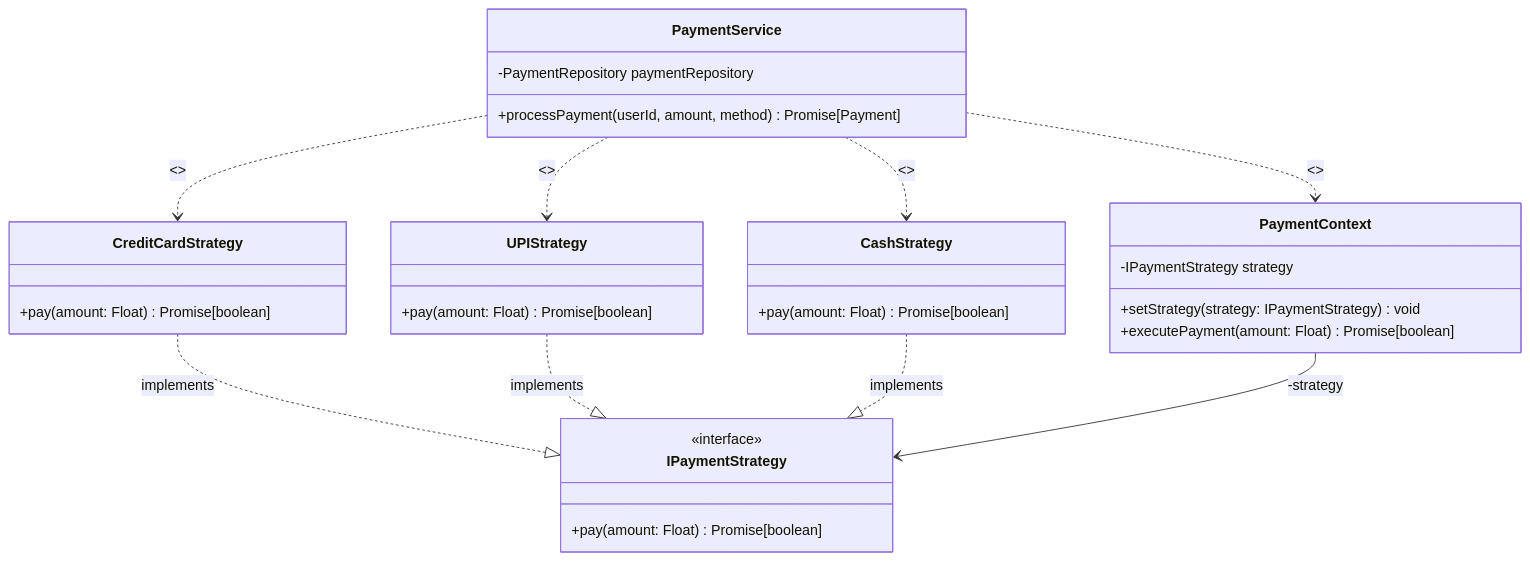
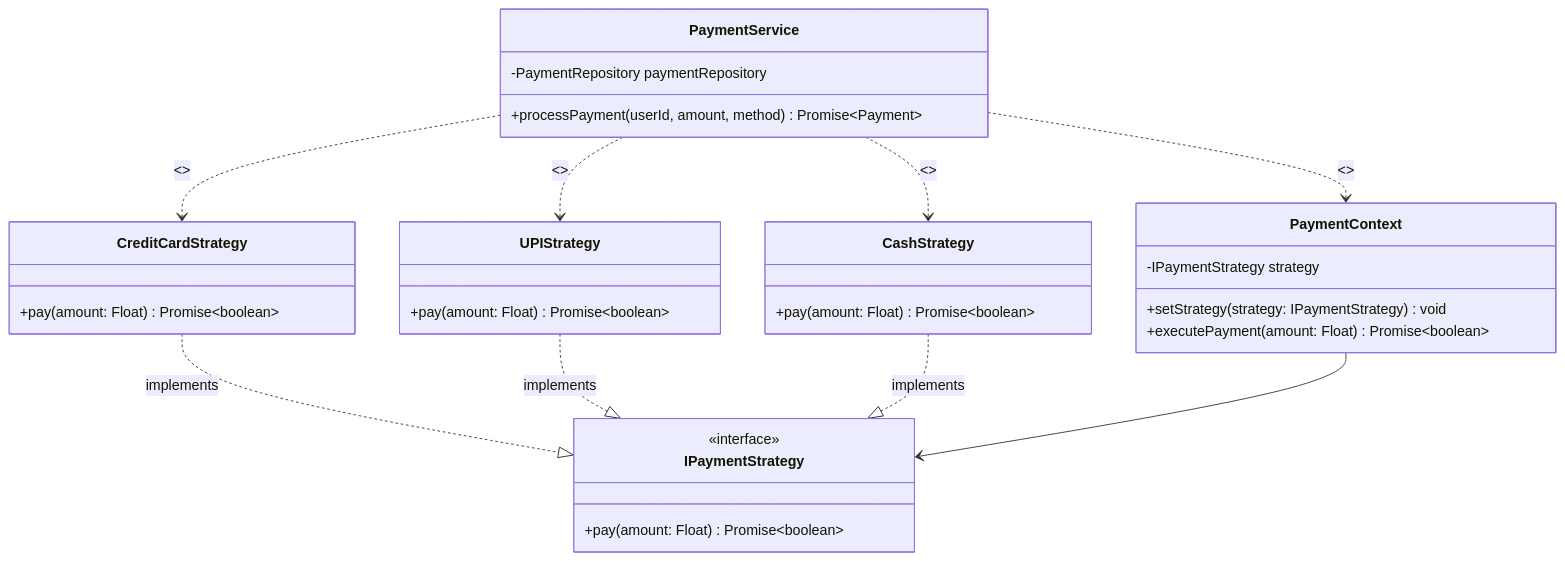
One commit to ishyverma/SDSE_Capstone changed the fifth of 6 diagrams in diagrams/class-diagram.md. Above: the diagram before and after it, drawn with Mermaid. The commit also changed other lines of this file and 3 other files, not shown here.

````diff
--- a/diagrams/class-diagram.md
+++ b/diagrams/class-diagram.md
@@ -272,43 +255,43 @@
 ```mermaid
 classDiagram
     direction TB
 
     class IPaymentStrategy {
         <<interface>>
-        +pay(amount: Float) Promise[boolean]
+        +pay(amount: Float) Promise~boolean~
     }
 
     class CreditCardStrategy {
-        +pay(amount: Float) Promise[boolean]
+        +pay(amount: Float) Promise~boolean~
     }
 
     class UPIStrategy {
-        +pay(amount: Float) Promise[boolean]
+        +pay(amount: Float) Promise~boolean~
     }
 
     class CashStrategy {
-        +pay(amount: Float) Promise[boolean]
+        +pay(amount: Float) Promise~boolean~
     }
 
     class PaymentContext {
         -IPaymentStrategy strategy
         +setStrategy(strategy: IPaymentStrategy) void
-        +executePayment(amount: Float) Promise[boolean]
+        +executePayment(amount: Float) Promise~boolean~
     }
 
     class PaymentService {
         -PaymentRepository paymentRepository
-        +processPayment(userId, amount, method) Promise[Payment]
+        +processPayment(userId, amount, method) Promise~Payment~
     }
 
     CreditCardStrategy ..|> IPaymentStrategy : implements
     UPIStrategy ..|> IPaymentStrategy : implements
     CashStrategy ..|> IPaymentStrategy : implements
 
-    PaymentContext --> IPaymentStrategy : -strategy
+    PaymentContext --> IPaymentStrategy : 
 
     PaymentService ..> PaymentContext : <<create>>
     PaymentService ..> CreditCardStrategy : <<create>>
     PaymentService ..> UPIStrategy : <<create>>
     PaymentService ..> CashStrategy : <<create>>
 ```
````
